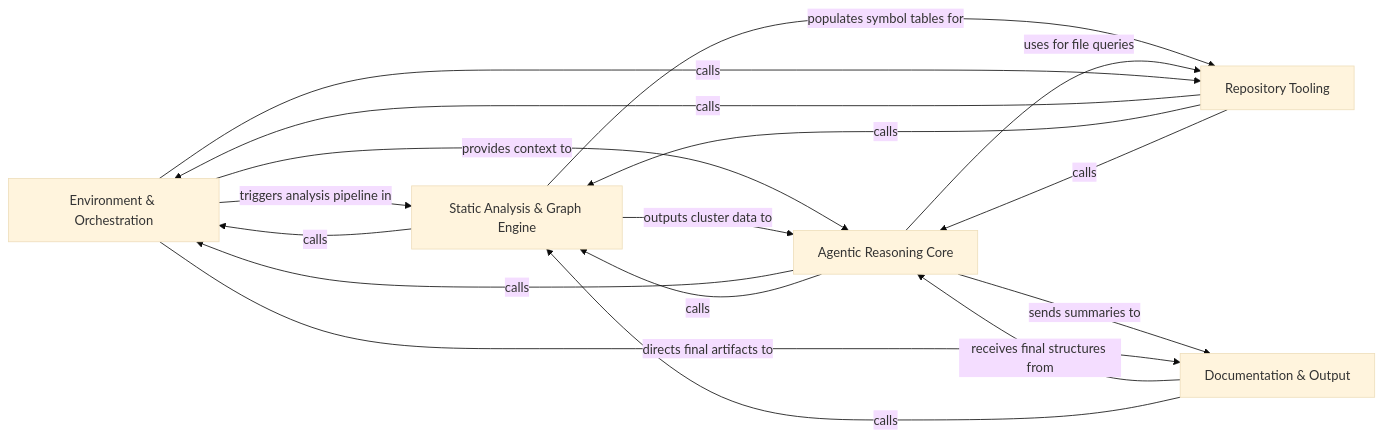
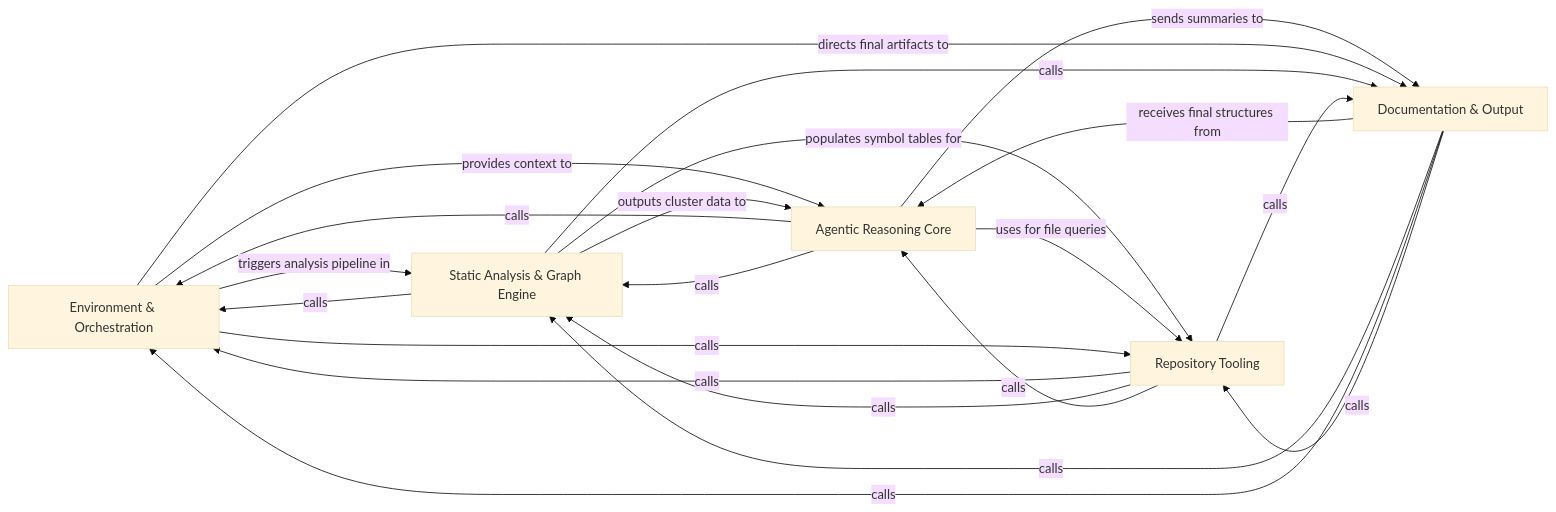
One commit to CodeBoarding/CodeBoarding changed the diagram in .codeboarding/overview.md. Above: the diagram before and after it, drawn with Mermaid (base theme). The commit also changed other lines of this file and 119 other files, not shown here.

Commit message:
chore(codeboarding): sync architecture baseline

````diff
--- a/.codeboarding/overview.md
+++ b/.codeboarding/overview.md
@@ -1,29 +1,33 @@
 ```mermaid
 graph LR
     Environment_Orchestration["Environment & Orchestration"]
     Static_Analysis_Graph_Engine["Static Analysis & Graph Engine"]
     Agentic_Reasoning_Core["Agentic Reasoning Core"]
     Repository_Tooling["Repository Tooling"]
     Documentation_Output["Documentation & Output"]
     Environment_Orchestration -- "triggers analysis pipeline in" --> Static_Analysis_Graph_Engine
     Environment_Orchestration -- "provides context to" --> Agentic_Reasoning_Core
     Static_Analysis_Graph_Engine -- "outputs cluster data to" --> Agentic_Reasoning_Core
     Static_Analysis_Graph_Engine -- "populates symbol tables for" --> Repository_Tooling
     Agentic_Reasoning_Core -- "uses for file queries" --> Repository_Tooling
     Agentic_Reasoning_Core -- "sends summaries to" --> Documentation_Output
     Documentation_Output -- "receives final structures from" --> Agentic_Reasoning_Core
     Environment_Orchestration -- "directs final artifacts to" --> Documentation_Output
     Environment_Orchestration -- "calls" --> Repository_Tooling
     Static_Analysis_Graph_Engine -- "calls" --> Environment_Orchestration
     Agentic_Reasoning_Core -- "calls" --> Environment_Orchestration
     Agentic_Reasoning_Core -- "calls" --> Static_Analysis_Graph_Engine
     Repository_Tooling -- "calls" --> Environment_Orchestration
     Repository_Tooling -- "calls" --> Static_Analysis_Graph_Engine
     Repository_Tooling -- "calls" --> Agentic_Reasoning_Core
     Documentation_Output -- "calls" --> Static_Analysis_Graph_Engine
+    Static_Analysis_Graph_Engine -- "calls" --> Documentation_Output
+    Repository_Tooling -- "calls" --> Documentation_Output
+    Documentation_Output -- "calls" --> Environment_Orchestration
+    Documentation_Output -- "calls" --> Repository_Tooling
     click Environment_Orchestration href "https://github.com/CodeBoarding/CodeBoarding/blob/main/.codeboarding/Environment_Orchestration.md" "Details"
     click Static_Analysis_Graph_Engine href "https://github.com/CodeBoarding/CodeBoarding/blob/main/.codeboarding/Static_Analysis_Graph_Engine.md" "Details"
     click Agentic_Reasoning_Core href "https://github.com/CodeBoarding/CodeBoarding/blob/main/.codeboarding/Agentic_Reasoning_Core.md" "Details"
     click Repository_Tooling href "https://github.com/CodeBoarding/CodeBoarding/blob/main/.codeboarding/Repository_Tooling.md" "Details"
     click Documentation_Output href "https://github.com/CodeBoarding/CodeBoarding/blob/main/.codeboarding/Documentation_Output.md" "Details"
 ```
````
